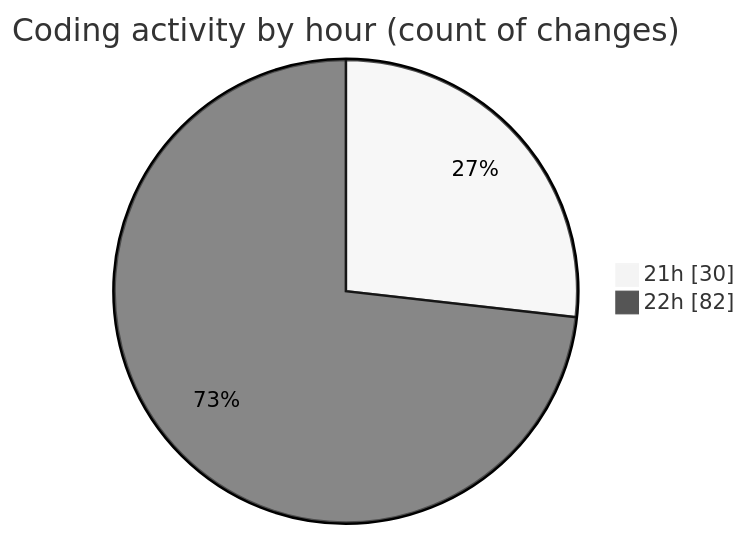
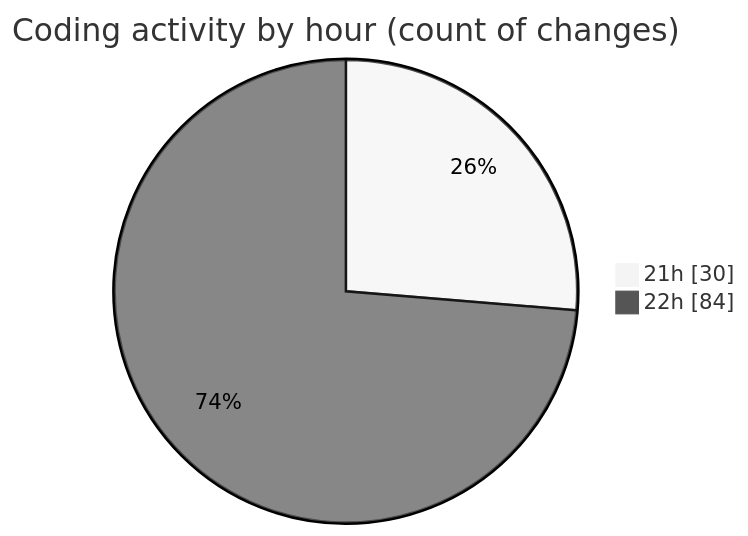
The second of 2 diagrams in 2026-01-02/dsa/README.md (Ritupan-Deka/code-tracking), drawn with Mermaid (neutral theme) before and after one commit. The commit also changed other lines of this file and 1 other file, not shown here.

````diff
--- a/2026-01-02/dsa/README.md
+++ b/2026-01-02/dsa/README.md
@@ -31,6 +31,6 @@
 ```mermaid
 pie showData
 title Coding activity by hour (count of changes)
 "21h" : 30
-"22h" : 82
+"22h" : 84
 ```
````
